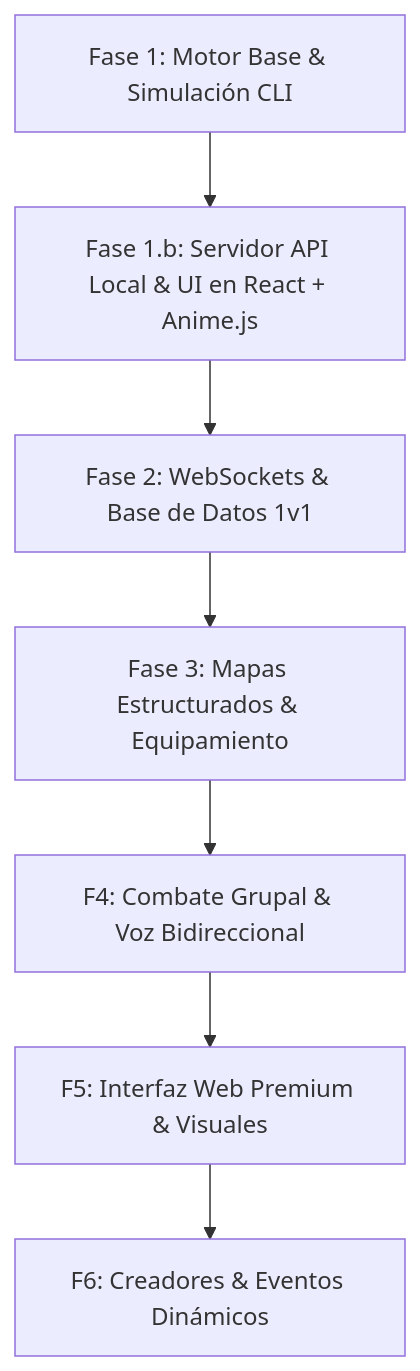
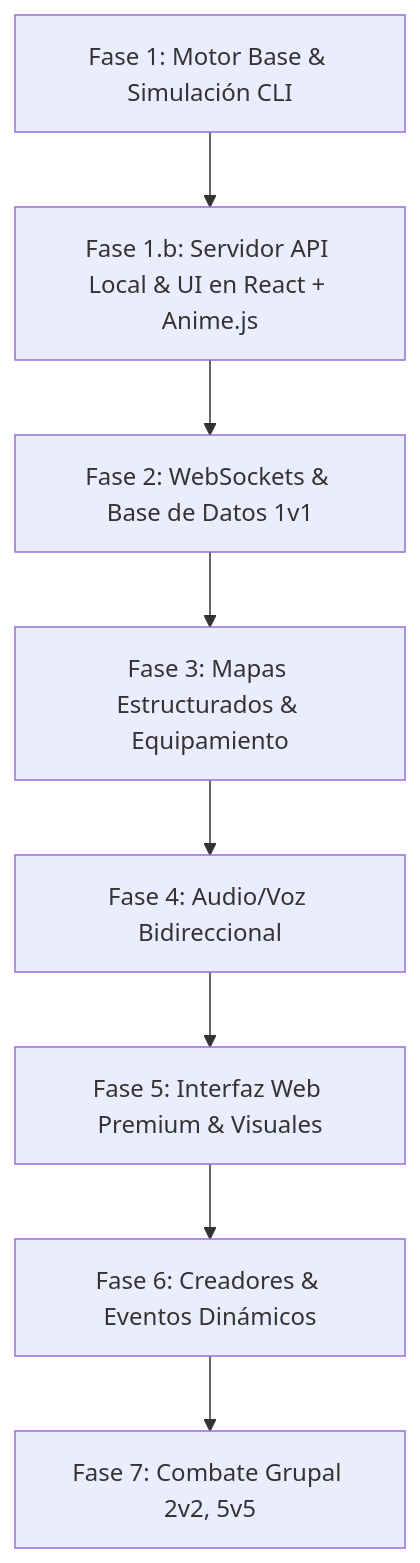
The diagram in ROADMAP.md (dp-cross-projects/battle-agents), drawn with Mermaid before and after one commit. The commit also changed other lines of this file, not shown here.

Commit message:
update roadmap

````diff
--- a/ROADMAP.md
+++ b/ROADMAP.md
@@ -5,9 +5,10 @@
 ```mermaid
 graph TD
     F1[Fase 1: Motor Base & Simulación CLI] --> F1b[Fase 1.b: Servidor API Local & UI en React + Anime.js]
     F1b --> F2[Fase 2: WebSockets & Base de Datos 1v1]
     F2 --> F3[Fase 3: Mapas Estructurados & Equipamiento]
-    F3 --> F4[F4: Combate Grupal & Voz Bidireccional]
-    F4 --> F5[F5: Interfaz Web Premium & Visuales]
-    F5 --> F6[F6: Creadores & Eventos Dinámicos]
+    F3 --> F4[Fase 4: Audio/Voz Bidireccional]
+    F4 --> F5[Fase 5: Interfaz Web Premium & Visuales]
+    F5 --> F6[Fase 6: Creadores & Eventos Dinámicos]
+    F6 --> F7[Fase 7: Combate Grupal 2v2, 5v5]
 ```
````
